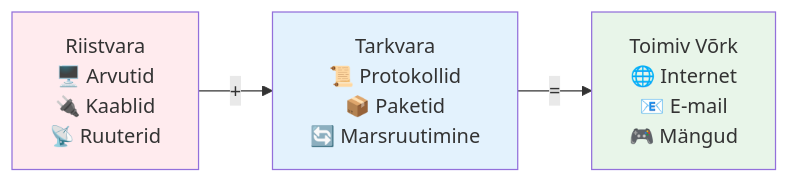
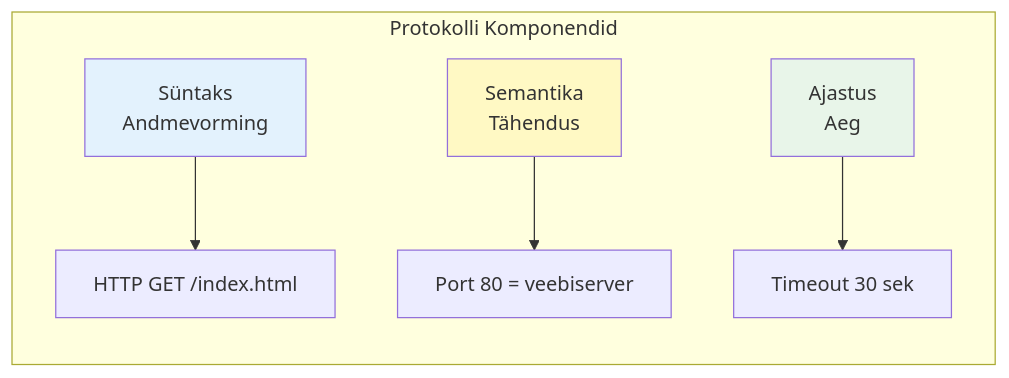
One commit to mtalvik/av_alused changed the first of 13 diagrams in Lecture/loeng2.md. Above: the diagram before and after it, drawn with Mermaid. The commit also changed other lines of this file, not shown here.

````diff
--- a/Lecture/loeng2.md
+++ b/Lecture/loeng2.md
@@ -9,13 +13,12 @@
 ```mermaid
 graph LR
-    A[Riistvara<br/>🖥️ Arvutid<br/>🔌 Kaablid<br/>📡 Ruuterid] 
-    B[Tarkvara<br/>📜 Protokollid<br/>📦 Paketid<br/>🔄 Marsruutimine]
-    C[Toimiv Võrk<br/>🌐 Internet<br/>📧 E-mail<br/>🎮 Mängud]
+    subgraph "Protokolli Komponendid"
+        A[Süntaks<br/>Andmevorming] --> D[HTTP GET /index.html]
+        B[Semantika<br/>Tähendus] --> E[Port 80 = veebiserver]
+        C[Ajastus<br/>Aeg] --> F[Timeout 30 sek]
+    end
     
-    A -->|+| B
-    B -->|=| C
-    
-    style A fill:#ffebee
-    style B fill:#e3f2fd
+    style A fill:#e3f2fd
+    style B fill:#fff9c4
     style C fill:#e8f5e9
 ```
````
